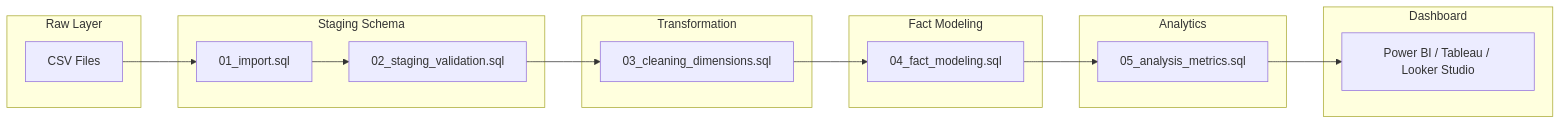
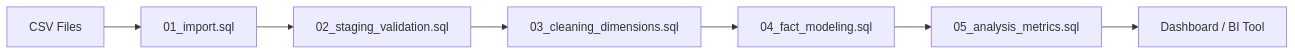
One commit to yourvaiqbal/ecommerce-sql-analysis changed the second of 2 diagrams in README.md. Above: the diagram before and after it, drawn with Mermaid. The commit also changed other lines of this file, not shown here.

````diff
--- a/README.md
+++ b/README.md
@@ -176,30 +117,13 @@
 ```mermaid
 flowchart LR
 
-    subgraph RAW_LAYER [Raw Layer]
-        A[CSV Files]
-    end
-
-    subgraph STAGING_LAYER [Staging Schema]
-        B[01_import.sql]
-        C[02_staging_validation.sql]
-    end
-
-    subgraph TRANSFORMATION_LAYER [Transformation]
-        D[03_cleaning_dimensions.sql]
-    end
-
-    subgraph FACT_LAYER [Fact Modeling]
-        E[04_fact_modeling.sql]
-    end
-
-    subgraph ANALYTICS_LAYER [Analytics]
-        F[05_analysis_metrics.sql]
-    end
-
-    subgraph BI_LAYER [Dashboard]
-        G[Power BI / Tableau / Looker Studio]
-    end
+    A[CSV Files]
+    B[01_import.sql]
+    C[02_staging_validation.sql]
+    D[03_cleaning_dimensions.sql]
+    E[04_fact_modeling.sql]
+    F[05_analysis_metrics.sql]
+    G[Dashboard / BI Tool]
 
     A --> B --> C --> D --> E --> F --> G
 ```
````
